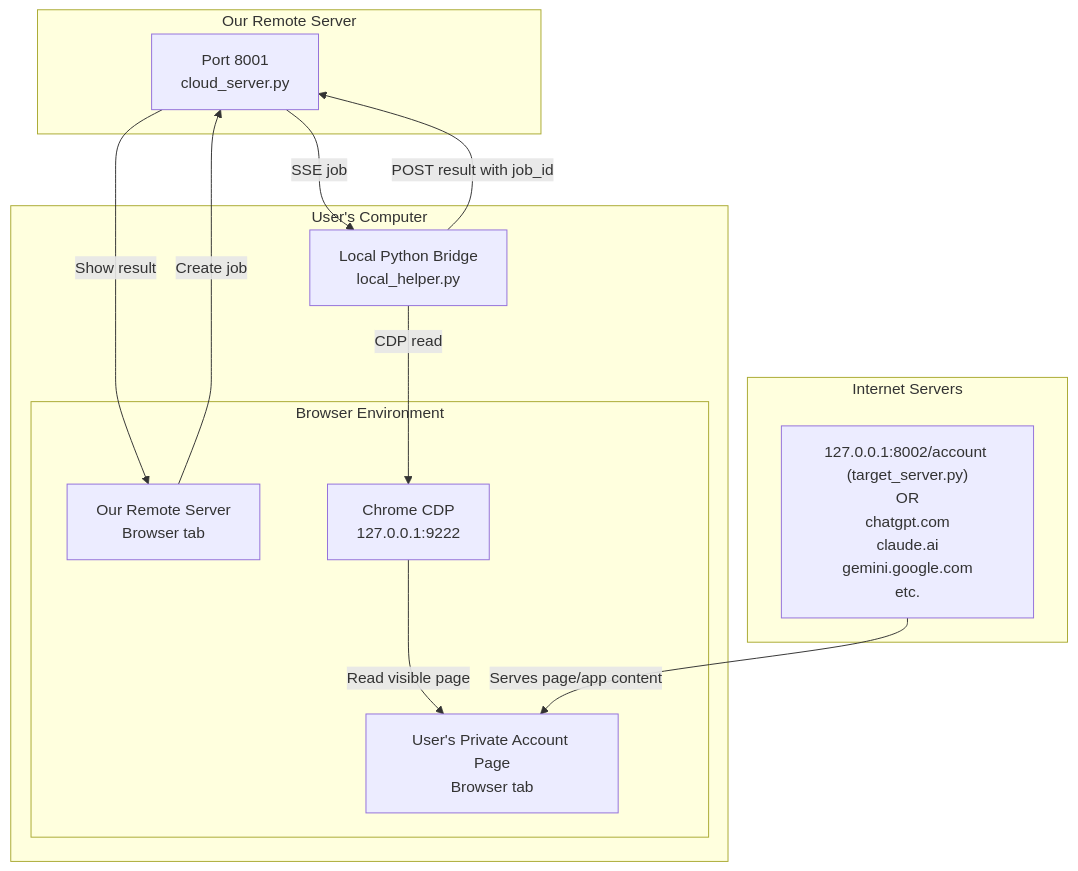
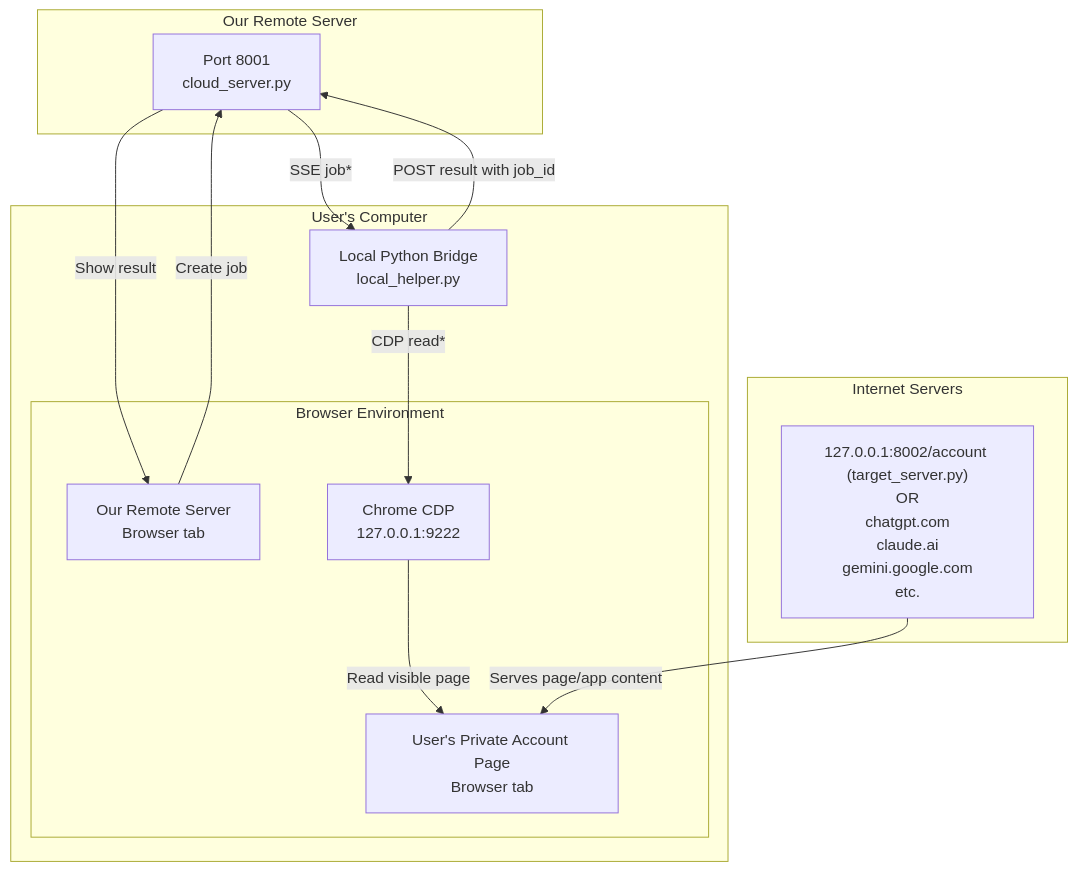
Before and after one commit to davidnoz123/cdp_bridger: the diagram in poc1/notes.md, drawn with Mermaid. The commit also changed other lines of this file, not shown here.

````diff
--- a/poc1/notes.md
+++ b/poc1/notes.md
@@ -63,28 +63,28 @@
 ```mermaid
 flowchart TD
     subgraph RemoteServer["Our Remote Server"]
         CloudServer["Port 8001<br/>cloud_server.py"]
     end
 
     subgraph UserComputer["User's Computer"]
         Helper["Local Python Bridge<br/>local_helper.py"]
 
         subgraph BrowserEnv["Browser Environment"]
             CloudUI["Our Remote Server<br/>Browser tab"]
             Chrome["Chrome CDP<br/>127.0.0.1:9222"]
             PrivatePage["User's Private Account Page<br/>Browser tab"]
         end
     end
 
     subgraph InternetServers["Internet Servers"]
         TargetSites["127.0.0.1:8002/account (target_server.py)<br/>OR<br/>chatgpt.com<br/>claude.ai<br/>gemini.google.com<br/>etc."]
     end
 
     CloudUI -->|"Create job"| CloudServer
-    CloudServer -->|"SSE job"| Helper
-    Helper -->|"CDP read"| Chrome
+    CloudServer -->|"SSE job*"| Helper
+    Helper -->|"CDP read*"| Chrome
     Chrome -->|"Read visible page"| PrivatePage
     TargetSites -->|"Serves page/app content"| PrivatePage
     Helper -->|"POST result with job_id"| CloudServer
     CloudServer -->|"Show result"| CloudUI
 ```
````
